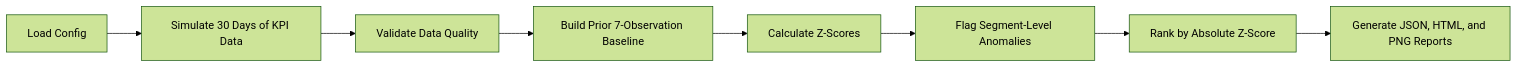
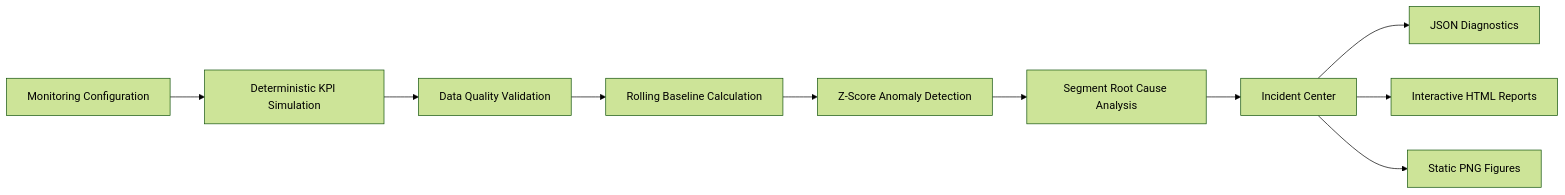
One commit to Kartz82/kpi-anomaly-diagnostics changed the diagram in README.md. Above: the diagram before and after it, drawn with Mermaid (forest theme). The commit also changed other lines of this file, not shown here.

````diff
--- a/README.md
+++ b/README.md
@@ -110,10 +10,12 @@
 ```mermaid
 flowchart LR
-    A[Load Config] --> B[Simulate 30 Days of KPI Data]
-    B --> C[Validate Data Quality]
-    C --> D[Build Prior 7-Observation Baseline]
-    D --> E[Calculate Z-Scores]
-    E --> F[Flag Segment-Level Anomalies]
-    F --> G[Rank by Absolute Z-Score]
-    G --> H[Generate JSON, HTML, and PNG Reports]
+    A[Monitoring Configuration] --> B[Deterministic KPI Simulation]
+    B --> C[Data Quality Validation]
+    C --> D[Rolling Baseline Calculation]
+    D --> E[Z-Score Anomaly Detection]
+    E --> F[Segment Root Cause Analysis]
+    F --> G[Incident Center]
+    G --> H[JSON Diagnostics]
+    G --> I[Interactive HTML Reports]
+    G --> J[Static PNG Figures]
 ```
````
